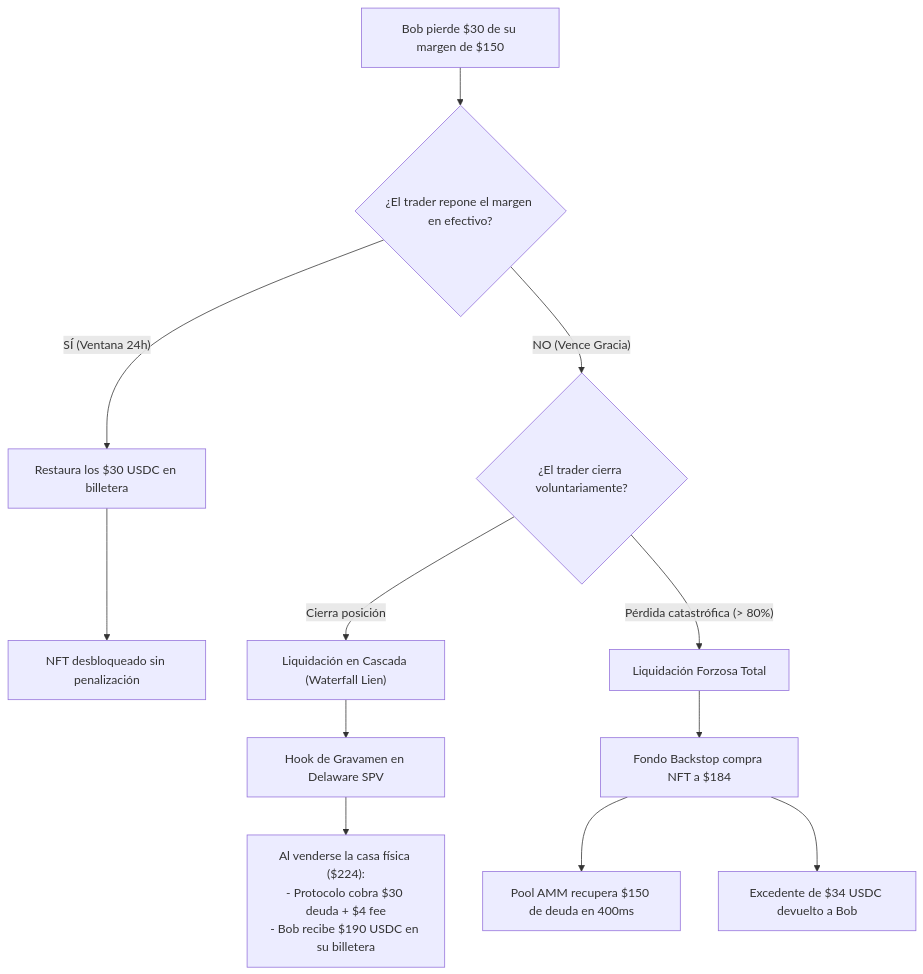
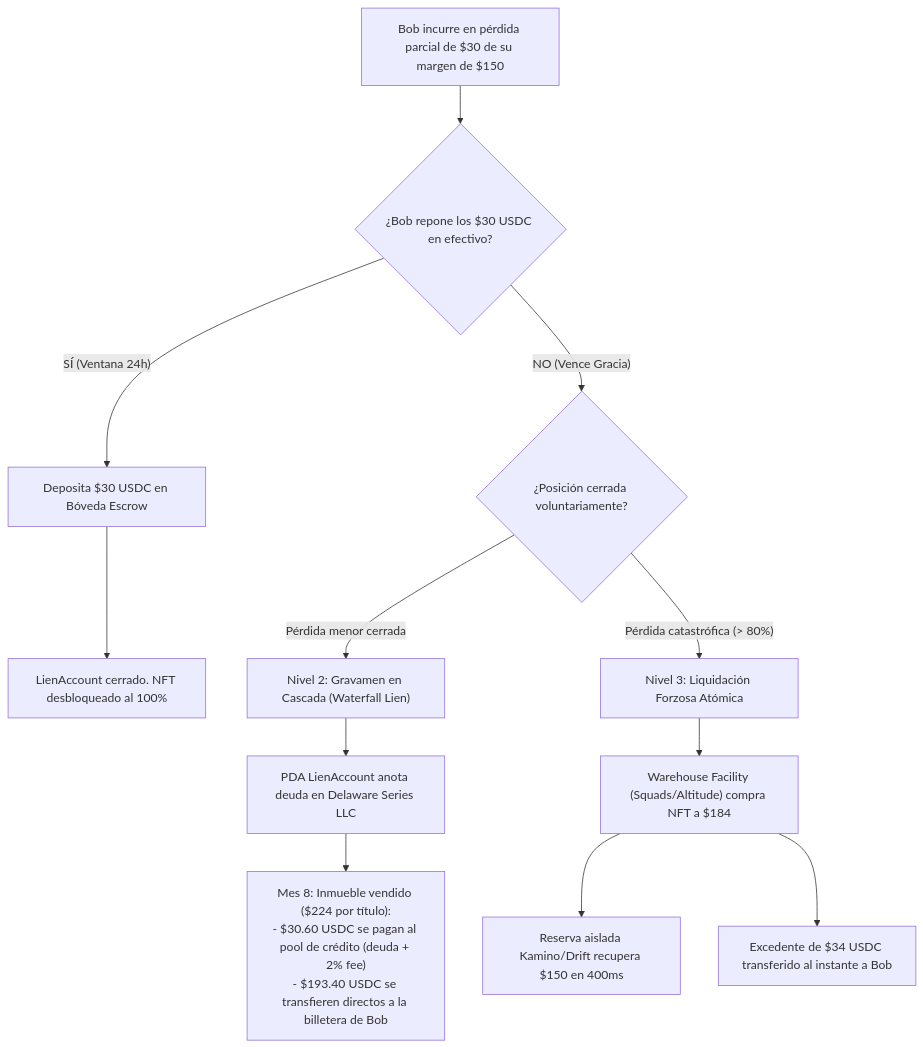
The second of 3 diagrams in BRIDS-Brain/01 Negocio/02 Producto & Ingenieria/rfcs-tecnicos/epic-016-rwa-yield-bearing-margin-collateral.md (jeisonsosablockdev/BRIDS-KNOWLEDGE-FORT), drawn with Mermaid before and after one commit. The commit also changed other lines of this file and 1 other file, not shown here.

Commit message:
docs(rfc): update epic-016 with Metaplex Core CPI and Colosseum stack architecture (v1.3)

````diff
--- a/BRIDS-Brain/01 Negocio/02 Producto & Ingenieria/rfcs-tecnicos/epic-016-rwa-yield-bearing-margin-collateral.md
+++ b/BRIDS-Brain/01 Negocio/02 Producto & Ingenieria/rfcs-tecnicos/epic-016-rwa-yield-bearing-margin-collateral.md
@@ -111,18 +121,18 @@
 ```mermaid
 flowchart TD
-    TradeLoss["Bob pierde $30 de su margen de $150"] --> Check{"¿El trader repone el margen en efectivo?"}
+    TradeLoss["Bob incurre en pérdida parcial de $30 de su margen de $150"] --> Check{"¿Bob repone los $30 USDC en efectivo?"}
     
-    Check -- "SÍ (Ventana 24h)" --> Restitution["Restaura los $30 USDC en billetera"]
-    Restitution --> NFTFree["NFT desbloqueado sin penalización"]
+    Check -- "SÍ (Ventana 24h)" --> Restitution["Deposita $30 USDC en Bóveda Escrow"]
+    Restitution --> NFTFree["LienAccount cerrado. NFT desbloqueado al 100%"]
     
-    Check -- "NO (Vence Gracia)" --> Route{"¿El trader cierra voluntariamente?"}
+    Check -- "NO (Vence Gracia)" --> Route{"¿Posición cerrada voluntariamente?"}
     
-    Route -- "Cierra posición" --> Waterfall["Liquidación en Cascada (Waterfall Lien)"]
-    Waterfall --> Hook["Hook de Gravamen en Delaware SPV"]
-    Hook --> Settlement["Al venderse la casa física ($224):<br/>- Protocolo cobra $30 deuda + $4 fee<br/>- Bob recibe $190 USDC en su billetera"]
+    Route -- "Pérdida menor cerrada" --> Waterfall["Nivel 2: Gravamen en Cascada (Waterfall Lien)"]
+    Waterfall --> Hook["PDA LienAccount anota deuda en Delaware Series LLC"]
+    Hook --> Settlement["Mes 8: Inmueble vendido ($224 por título):<br/>- $30.60 USDC se pagan al pool de crédito (deuda + 2% fee)<br/>- $193.40 USDC se transfieren directos a la billetera de Bob"]
     
-    Route -- "Pérdida catastrófica (> 80%)" --> ForcedConfiscation["Liquidación Forzosa Total"]
-    ForcedConfiscation --> Backstop["Fondo Backstop compra NFT a $184"]
-    Backstop --> PoolRefund["Pool AMM recupera $150 de deuda en 400ms"]
-    Backstop --> ExcessRefund["Excedente de $34 USDC devuelto a Bob"]
+    Route -- "Pérdida catastrófica (> 80%)" --> ForcedConfiscation["Nivel 3: Liquidación Forzosa Atómica"]
+    ForcedConfiscation --> Backstop["Warehouse Facility (Squads/Altitude) compra NFT a $184"]
+    Backstop --> PoolRefund["Reserva aislada Kamino/Drift recupera $150 en 400ms"]
+    Backstop --> ExcessRefund["Excedente de $34 USDC transferido al instante a Bob"]
 ```
````
